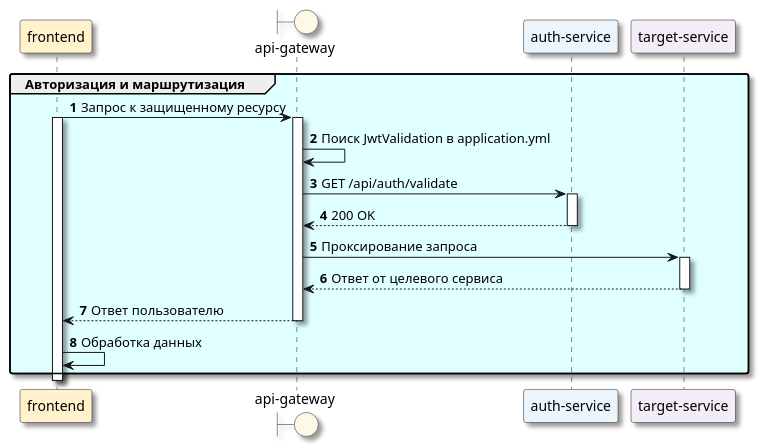
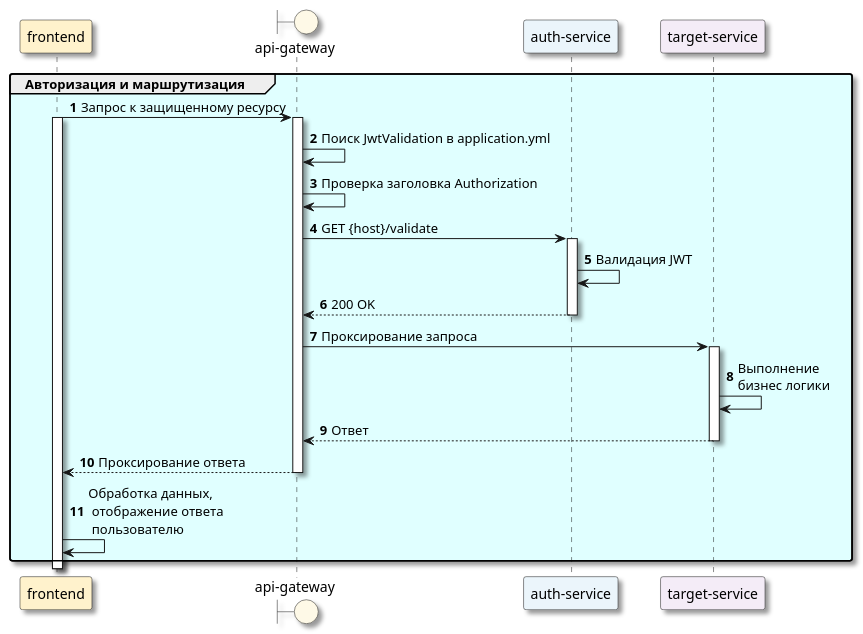
The diagram in Docs/As is/Diagrams/Auth&routing.puml (ni1a207/Healthcare-System), drawn with PlantUML before and after one commit. The commit also changed 37 other files, not shown here.

```diff
--- a/Docs/As is/Diagrams/Auth&routing.puml
+++ b/Docs/As is/Diagrams/Auth&routing.puml
@@ -1,38 +1,30 @@
 @startuml
 skinparam Shadowing true
 skinparam RoundCorner 5
 skinparam MaxMessageSize 250
-
 participant "frontend" as FE #FFF2CC
 boundary "api-gateway" as GW #FEF9E7
 participant "auth-service" as Auth #EBF5FB
 participant "target-service" as TS #F4ECF7
-
 autonumber "<b>0</b>"
-
 group #LightCyan Авторизация и маршрутизация
     FE -> GW: Запрос к защищенному ресурсу
     activate FE #White
     activate GW
-
     GW -> GW: Поиск JwtValidation в application.yml
-
-    GW -> Auth: GET /api/auth/validate
+GW->GW:Проверка заголовка Authorization
+    GW -> Auth: GET {host}/validate
     activate Auth
+    Auth->Auth: Валидация JWT
     Auth --> GW: 200 OK
     deactivate Auth
-
     GW -> TS: Проксирование запроса
     activate TS
-    TS --> GW: Ответ от целевого сервиса
+    TS->TS: Выполнение\nбизнес логики
+    TS --> GW: Ответ
     deactivate TS
-
-    GW --> FE: Ответ пользователю
+    GW --> FE: Проксирование ответа
     deactivate GW
-
-    ' Теперь стрелка будет внутри линии жизни
-    FE -> FE: Обработка данных
+    FE -> FE: Обработка данных,\n отображение ответа\n пользователю
     end
-    deactivate FE
-
 @enduml
```
